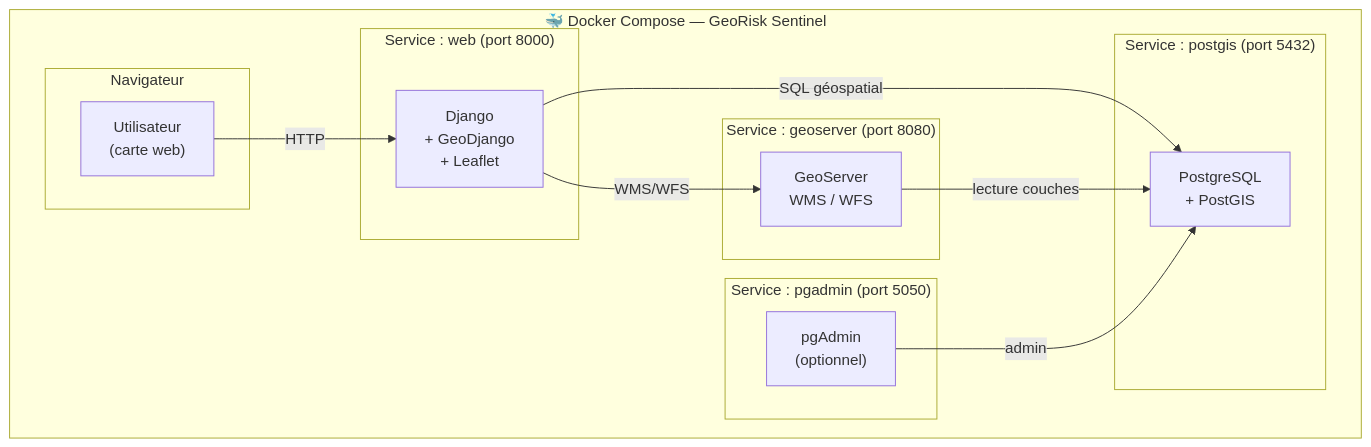
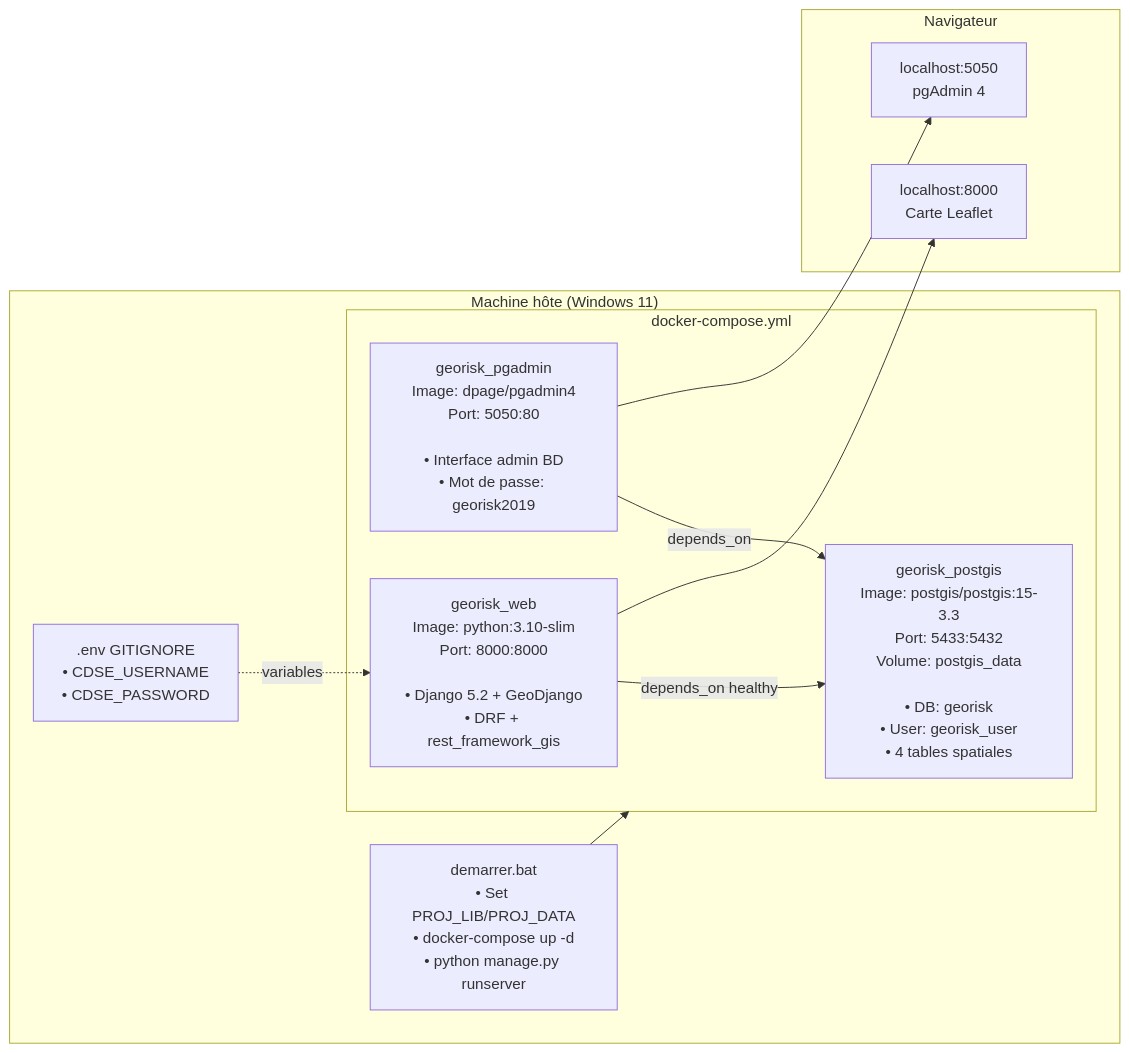
Before and after one commit to modou5604501/projet_Session: the second of 5 diagrams in DIAGRAMME_MERMAID.md, drawn with Mermaid. The commit also changed other lines of this file and 1 other file, not shown here.

````diff
--- a/DIAGRAMME_MERMAID.md
+++ b/DIAGRAMME_MERMAID.md
@@ -118,33 +62,24 @@
 ```mermaid
-graph TB
+flowchart LR
+    subgraph HOST["Machine hôte (Windows 11)"]
+        subgraph DC["docker-compose.yml"]
+            PG["georisk_postgis\nImage: postgis/postgis:15-3.3\nPort: 5433:5432\nVolume: postgis_data\n\n• DB: georisk\n• User: georisk_user\n• 4 tables spatiales"]
+            PGA["georisk_pgadmin\nImage: dpage/pgadmin4\nPort: 5050:80\n\n• Interface admin BD\n• Mot de passe: georisk2019"]
+            WEB["georisk_web\nImage: python:3.10-slim\nPort: 8000:8000\n\n• Django 5.2 + GeoDjango\n• DRF + rest_framework_gis"]
+        end
+        BAT["demarrer.bat\n• Set PROJ_LIB/PROJ_DATA\n• docker-compose up -d\n• python manage.py runserver"]
+        ENV[".env  GITIGNORE\n• CDSE_USERNAME\n• CDSE_PASSWORD"]
+    end
 
-    subgraph DOCKER["🐳 Docker Compose — GeoRisk Sentinel"]
+    subgraph USER["Navigateur"]
+        UI1["localhost:8000\nCarte Leaflet"]
+        UI2["localhost:5050\npgAdmin 4"]
+    end
 
-        subgraph CLIENT["Navigateur"]
-            BR["Utilisateur\n(carte web)"]
-        end
-
-        subgraph APP["Service : web (port 8000)"]
-            DJ["Django\n+ GeoDjango\n+ Leaflet"]
-        end
-
-        subgraph CARTO["Service : geoserver (port 8080)"]
-            GS["GeoServer\nWMS / WFS"]
-        end
-
-        subgraph BD["Service : postgis (port 5432)"]
-            PG["PostgreSQL\n+ PostGIS"]
-        end
-
-        subgraph ADMIN["Service : pgadmin (port 5050)"]
-            PGA["pgAdmin\n(optionnel)"]
-        end
-
-        BR -->|HTTP| DJ
-        DJ -->|WMS/WFS| GS
-        DJ -->|SQL géospatial| PG
-        GS -->|lecture couches| PG
-        PGA -->|admin| PG
-
-    end
+    WEB -- depends_on healthy --> PG
+    PGA -- depends_on --> PG
+    BAT --> DC
+    ENV -. variables .-> WEB
+    WEB --> UI1
+    PGA --> UI2
 ```
````
